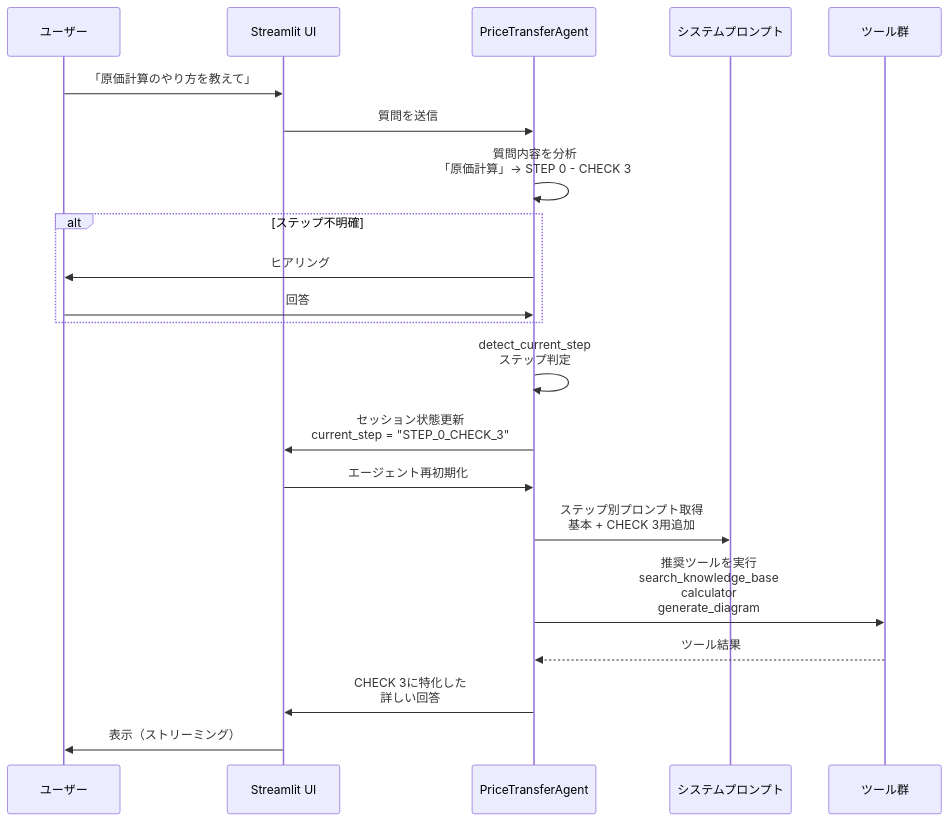
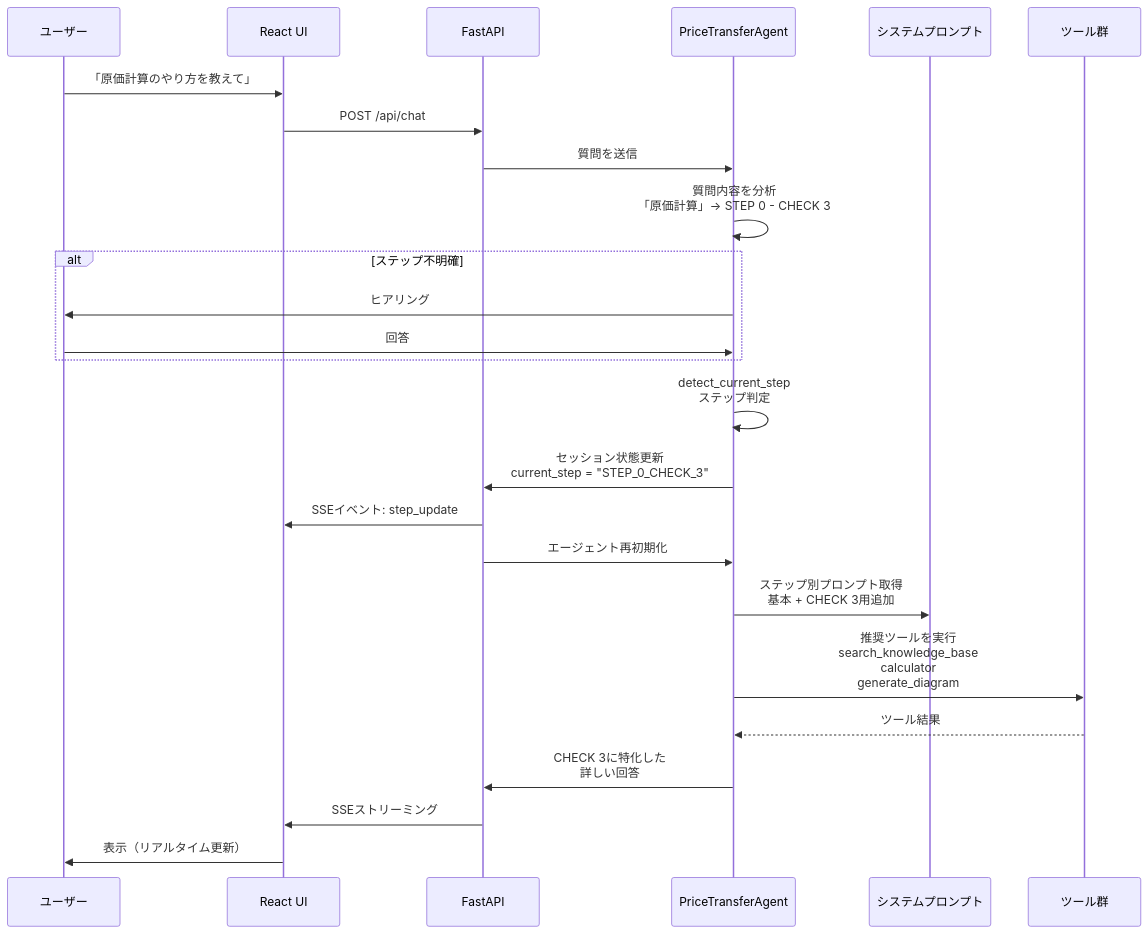
One commit to riku-to-koba/SME-Agency-Price-Transfer-Support-AI changed the second of 7 diagrams in docs/ARCHITECTURE.md. Above: the diagram before and after it, drawn with Mermaid. The commit also changed other lines of this file and 25 other files, not shown here.

````diff
--- a/docs/ARCHITECTURE.md
+++ b/docs/ARCHITECTURE.md
@@ -41,34 +43,38 @@
 ```mermaid
 sequenceDiagram
     participant User as ユーザー
-    participant UI as Streamlit UI
+    participant UI as React UI
+    participant API as FastAPI
     participant Agent as PriceTransferAgent
     participant Prompt as システムプロンプト
     participant Tools as ツール群
 
     User->>UI: 「原価計算のやり方を教えて」
-    UI->>Agent: 質問を送信
+    UI->>API: POST /api/chat
+    API->>Agent: 質問を送信
 
     Agent->>Agent: 質問内容を分析<br/>「原価計算」→ STEP 0 - CHECK 3
 
     alt ステップ不明確
         Agent->>User: ヒアリング
         User->>Agent: 回答
     end
 
     Agent->>Agent: detect_current_step<br/>ステップ判定
 
-    Agent->>UI: セッション状態更新<br/>current_step = "STEP_0_CHECK_3"
+    Agent->>API: セッション状態更新<br/>current_step = "STEP_0_CHECK_3"
+    API->>UI: SSEイベント: step_update
 
-    UI->>Agent: エージェント再初期化
+    API->>Agent: エージェント再初期化
 
     Agent->>Prompt: ステップ別プロンプト取得<br/>基本 + CHECK 3用追加
 
     Agent->>Tools: 推奨ツールを実行<br/>search_knowledge_base<br/>calculator<br/>generate_diagram
 
     Tools-->>Agent: ツール結果
 
-    Agent->>UI: CHECK 3に特化した<br/>詳しい回答
+    Agent->>API: CHECK 3に特化した<br/>詳しい回答
+    API->>UI: SSEストリーミング
 
-    UI->>User: 表示（ストリーミング）
+    UI->>User: 表示（リアルタイム更新）
 ```
````
